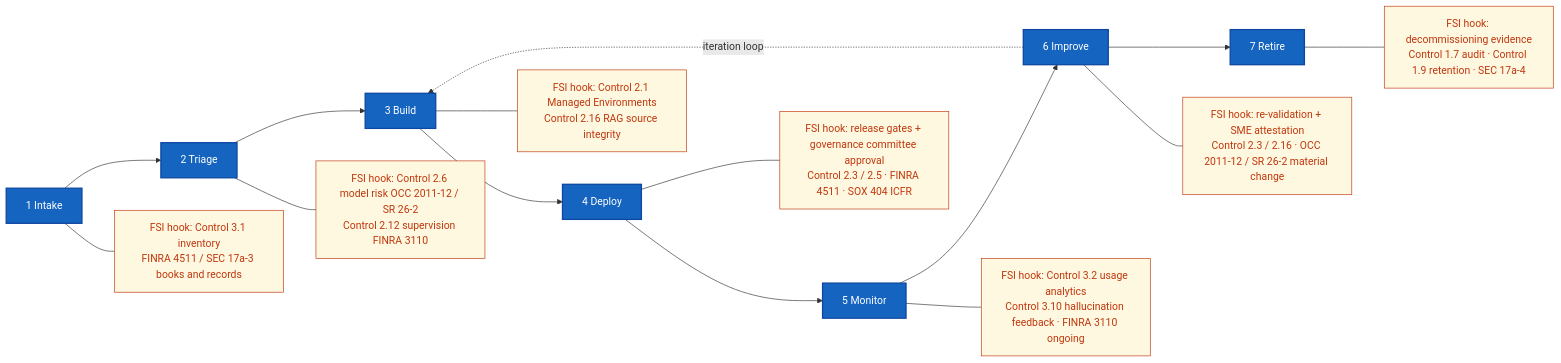
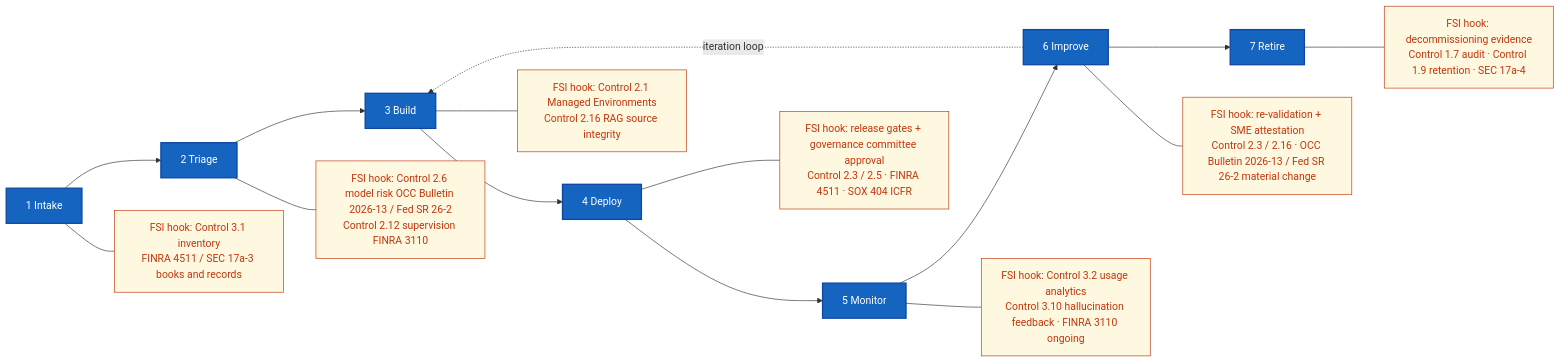
One commit to judeper/FSI-AgentGov changed the diagram in docs/framework/agent-lifecycle.md. Above: the diagram before and after it, drawn with Mermaid. The commit also changed other lines of this file and 317 other files, not shown here.

````diff
--- a/docs/framework/agent-lifecycle.md
+++ b/docs/framework/agent-lifecycle.md
@@ -17,32 +17,32 @@
 ```mermaid
 flowchart LR
     classDef stage fill:#1565c0,stroke:#0d47a1,color:#fff,stroke-width:2px
     classDef hook fill:#fff8e1,stroke:#bf360c,color:#bf360c
 
     S1[1 Intake]:::stage
     S2[2 Triage]:::stage
     S3[3 Build]:::stage
     S4[4 Deploy]:::stage
     S5[5 Monitor]:::stage
     S6[6 Improve]:::stage
     S7[7 Retire]:::stage
 
     S1 --> S2 --> S3 --> S4 --> S5 --> S6 --> S7
     S6 -. iteration loop .-> S3
 
     H1["FSI hook: Control 3.1 inventory<br/>FINRA 4511 / SEC 17a-3 books and records"]:::hook
-    H2["FSI hook: Control 2.6 model risk OCC 2011-12 / SR 26-2<br/>Control 2.12 supervision FINRA 3110"]:::hook
+    H2["FSI hook: Control 2.6 model risk OCC Bulletin 2026-13 / Fed SR 26-2<br/>Control 2.12 supervision FINRA 3110"]:::hook
     H3["FSI hook: Control 2.1 Managed Environments<br/>Control 2.16 RAG source integrity"]:::hook
     H4["FSI hook: release gates + governance committee approval<br/>Control 2.3 / 2.5 · FINRA 4511 · SOX 404 ICFR"]:::hook
     H5["FSI hook: Control 3.2 usage analytics<br/>Control 3.10 hallucination feedback · FINRA 3110 ongoing"]:::hook
-    H6["FSI hook: re-validation + SME attestation<br/>Control 2.3 / 2.16 · OCC 2011-12 / SR 26-2 material change"]:::hook
+    H6["FSI hook: re-validation + SME attestation<br/>Control 2.3 / 2.16 · OCC Bulletin 2026-13 / Fed SR 26-2 material change"]:::hook
     H7["FSI hook: decommissioning evidence<br/>Control 1.7 audit · Control 1.9 retention · SEC 17a-4"]:::hook
 
     S1 --- H1
     S2 --- H2
     S3 --- H3
     S4 --- H4
     S5 --- H5
     S6 --- H6
     S7 --- H7
 ```
````
